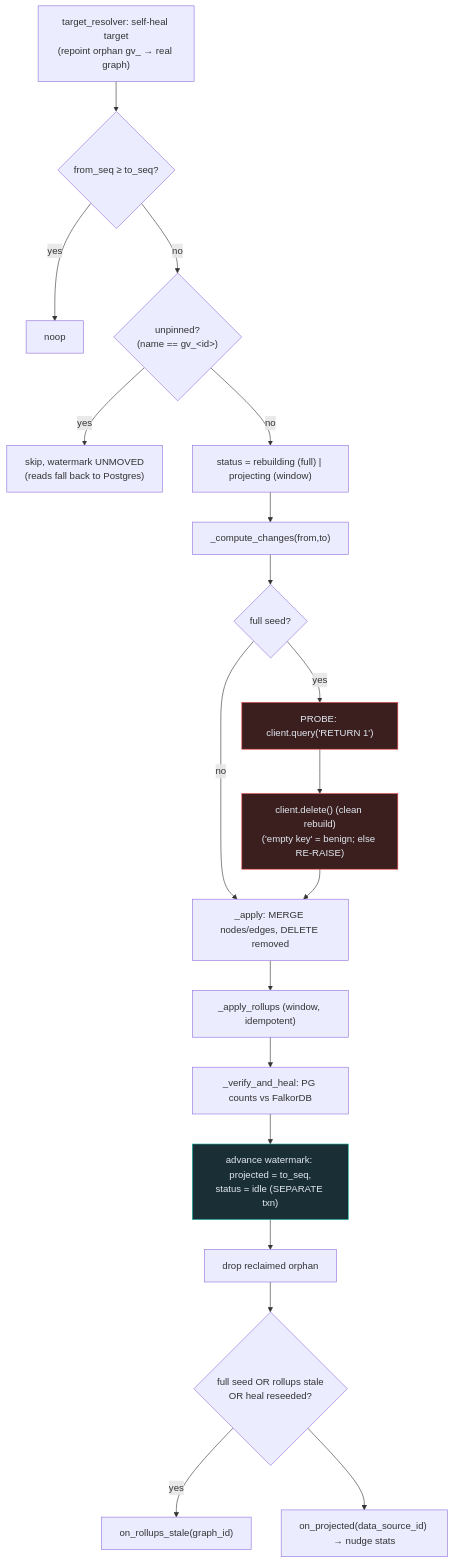
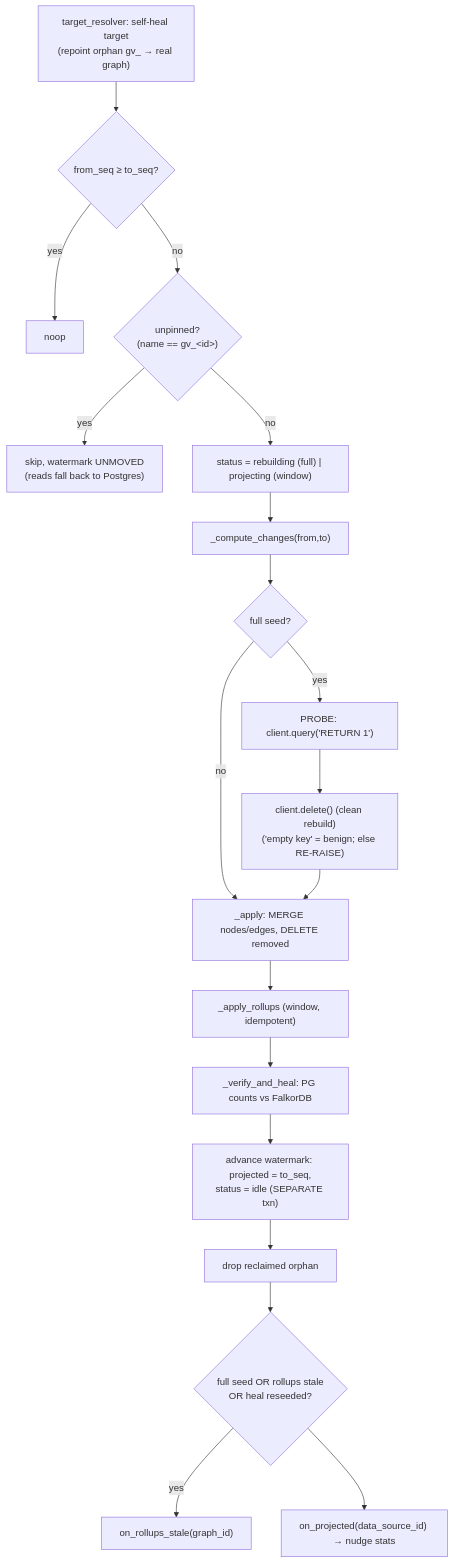
The first of 4 diagrams in docs/versioning/04-projection-and-cache.md (rkrumins/dataviz), drawn with Mermaid before and after one commit. The commit also changed 46 other files, not shown here.

````diff
--- a/docs/versioning/04-projection-and-cache.md
+++ b/docs/versioning/04-projection-and-cache.md
@@ -122,24 +122,21 @@
 ```mermaid
 flowchart TD
     A["target_resolver: self-heal target<br/>(repoint orphan gv_ → real graph)"] --> B{from_seq ≥ to_seq?}
     B -- yes --> Z1["noop"]
     B -- no --> C{"unpinned?<br/>(name == gv_&lt;id&gt;)"}
     C -- yes --> Z2["skip, watermark UNMOVED<br/>(reads fall back to Postgres)"]
     C -- no --> D["status = rebuilding (full) | projecting (window)"]
     D --> E["_compute_changes(from,to)"]
     E --> F{"full seed?"}
     F -- yes --> G["PROBE: client.query('RETURN 1')"]
     G --> H["client.delete() (clean rebuild)<br/>('empty key' = benign; else RE-RAISE)"]
     F -- no --> I["_apply: MERGE nodes/edges, DELETE removed"]
     H --> I
     I --> J["_apply_rollups (window, idempotent)"]
     J --> K["_verify_and_heal: PG counts vs FalkorDB"]
     K --> L["advance watermark: projected = to_seq,<br/>status = idle (SEPARATE txn)"]
     L --> M["drop reclaimed orphan"]
     M --> N{"full seed OR rollups stale<br/>OR heal reseeded?"}
     N -- yes --> O["on_rollups_stale(graph_id)"]
     N --> P["on_projected(data_source_id) → nudge stats"]
-    style G fill:#3b1f1f,stroke:#ef4444,color:#e2e8f0
-    style H fill:#3b1f1f,stroke:#ef4444,color:#e2e8f0
-    style L fill:#1a2e35,stroke:#14b8a6,color:#e2e8f0
 ```
````
